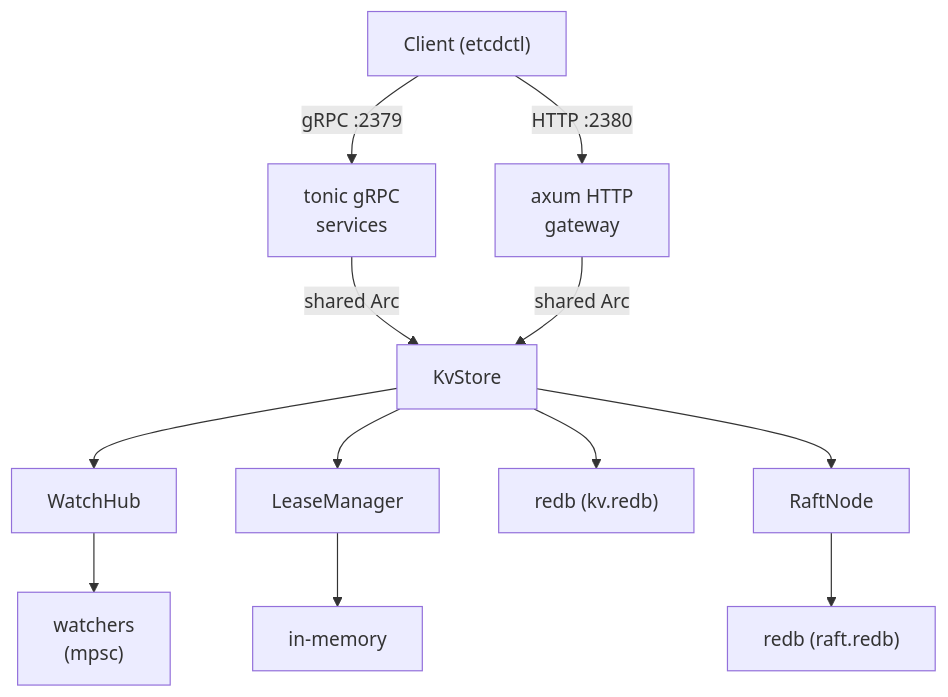
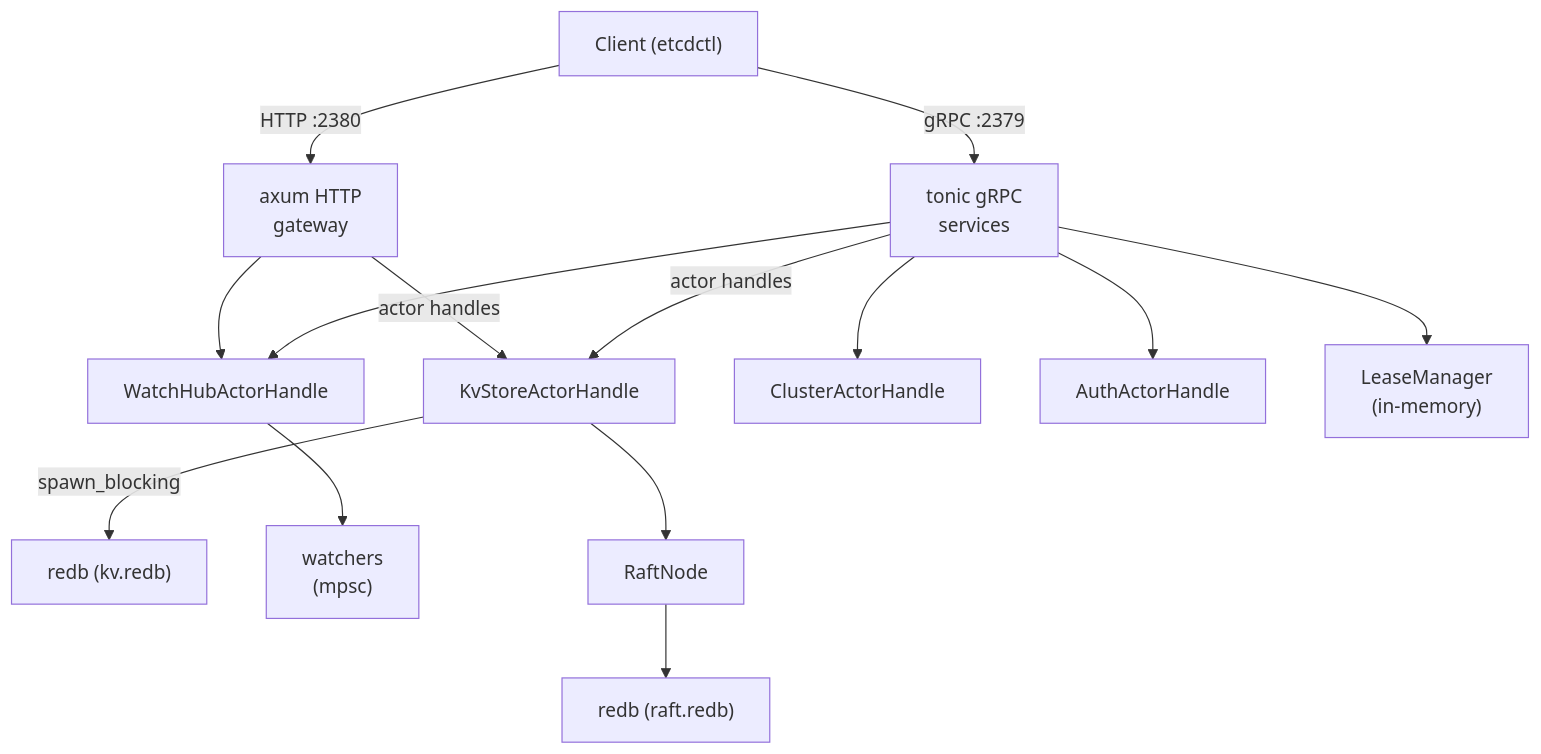
One commit to alexandernicholson/barkeeper changed the ninth of 9 diagrams in docs/architecture.md. Above: the diagram before and after it, drawn with Mermaid. The commit also changed other lines of this file and 3 other files, not shown here.

````diff
--- a/docs/architecture.md
+++ b/docs/architecture.md
@@ -525,15 +537,17 @@
 ```mermaid
 graph TD
     Client["Client (etcdctl)"]
     Client -->|"gRPC :2379"| GRPC["tonic gRPC<br>services"]
     Client -->|"HTTP :2380"| HTTP["axum HTTP<br>gateway"]
-    GRPC -->|"shared Arc"| KV["KvStore"]
-    HTTP -->|"shared Arc"| KV
-    KV --> WH["WatchHub"]
-    KV --> LM["LeaseManager"]
-    WH --> W["watchers<br>(mpsc)"]
-    KV --> KVDB["redb (kv.redb)"]
-    KV --> Raft["RaftNode"]
+    GRPC -->|"actor handles"| KVA["KvStoreActorHandle"]
+    HTTP -->|"actor handles"| KVA
+    KVA -->|"spawn_blocking"| KVDB["redb (kv.redb)"]
+    GRPC --> WHA["WatchHubActorHandle"]
+    HTTP --> WHA
+    WHA --> W["watchers<br>(mpsc)"]
+    GRPC --> CA["ClusterActorHandle"]
+    GRPC --> AA["AuthActorHandle"]
+    KVA --> Raft["RaftNode"]
     Raft --> RDB["redb (raft.redb)"]
-    LM --> MEM["in-memory"]
+    GRPC --> LM["LeaseManager<br>(in-memory)"]
 ```
````
